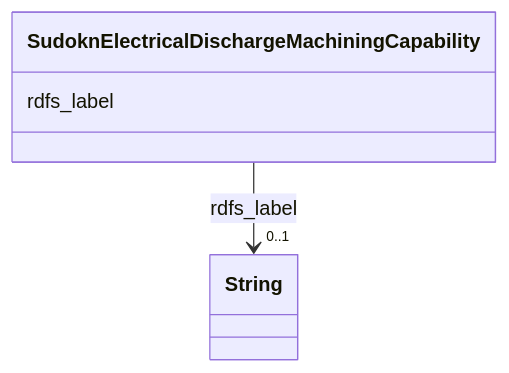
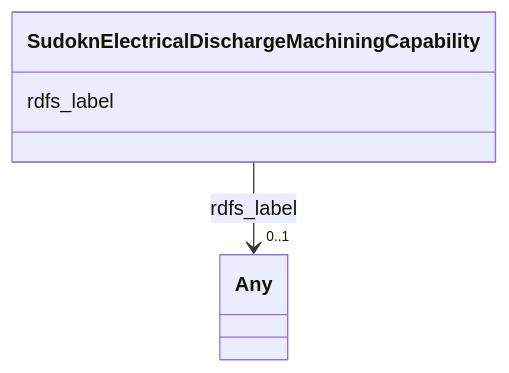
One commit to frink-okn/graph-descriptions changed the diagram in sudokn-kg/classes/SudoknElectricalDischargeMachiningCapability.md. Above: the diagram before and after it, drawn with Mermaid. The commit also changed other lines of this file and 903 other files, not shown here.

````diff
--- a/sudokn-kg/classes/SudoknElectricalDischargeMachiningCapability.md
+++ b/sudokn-kg/classes/SudoknElectricalDischargeMachiningCapability.md
@@ -23,15 +18,15 @@
 ```mermaid
  classDiagram
     class SudoknElectricalDischargeMachiningCapability
     click SudoknElectricalDischargeMachiningCapability href "../SudoknElectricalDischargeMachiningCapability"
       SudoknElectricalDischargeMachiningCapability : rdfs_label
         
           
     
     
-    SudoknElectricalDischargeMachiningCapability --> "0..1" String : rdfs_label
-    click String href "../String"
+    SudoknElectricalDischargeMachiningCapability --> "0..1" Any : rdfs_label
+    click Any href "../Any"
 
         
       
 ```
````
